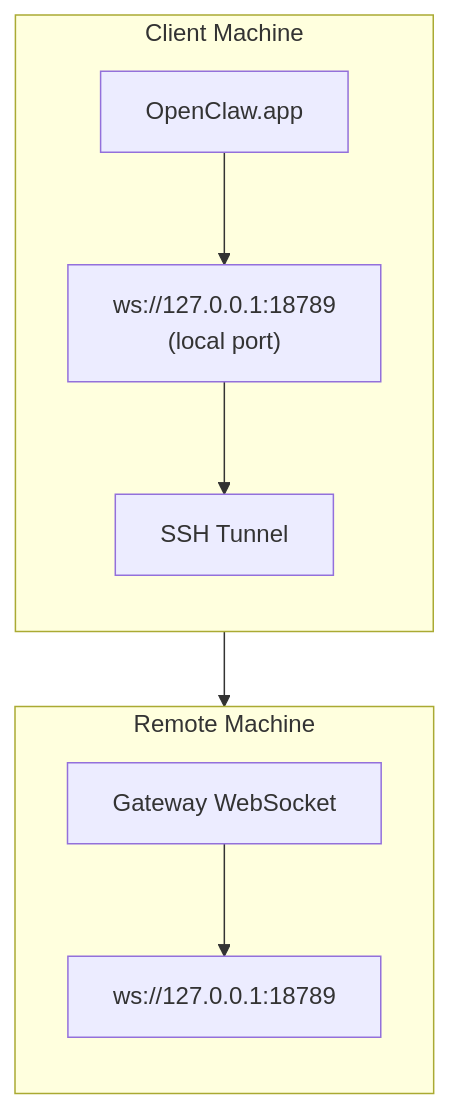
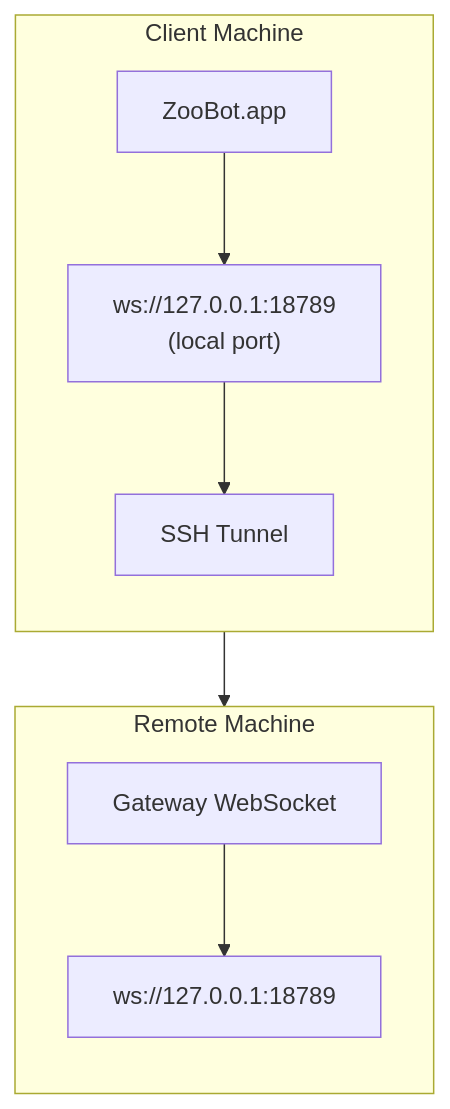
Before and after one commit to zooai/bot: the diagram in docs/gateway/remote-gateway-readme.md, drawn with Mermaid. The commit also changed other lines of this file and 2978 other files, not shown here.

First line of the commit message:
Eradicate OpenClaw — resolve merge conflicts and finish the rebrand

````diff
--- a/docs/gateway/remote-gateway-readme.md
+++ b/docs/gateway/remote-gateway-readme.md
@@ -13,20 +13,20 @@
 ```mermaid
 flowchart TB
     subgraph Client["Client Machine"]
         direction TB
-        A["OpenClaw.app"]
+        A["ZooBot.app"]
         B["ws://127.0.0.1:18789\n(local port)"]
         T["SSH Tunnel"]
 
         A --> B
         B --> T
     end
     subgraph Remote["Remote Machine"]
         direction TB
         C["Gateway WebSocket"]
         D["ws://127.0.0.1:18789"]
 
         C --> D
     end
     T --> C
 ```
````
